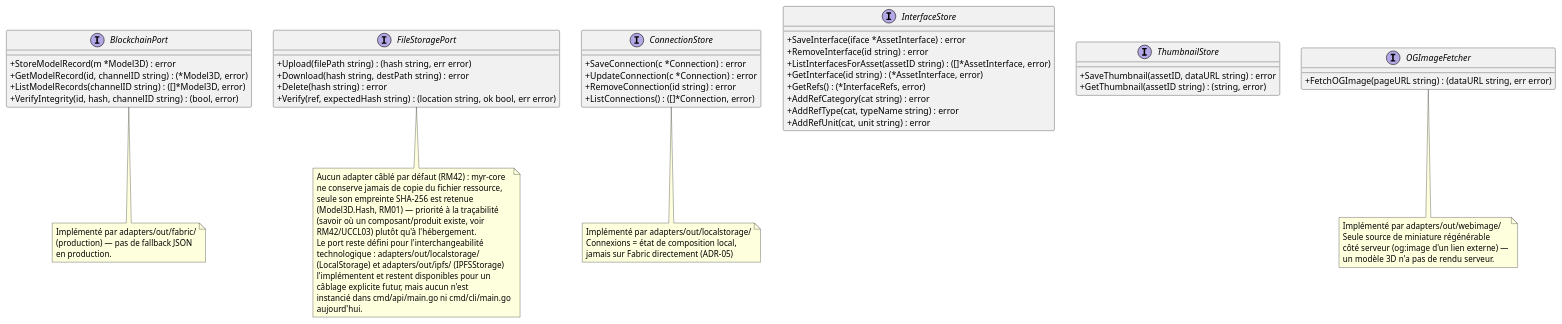
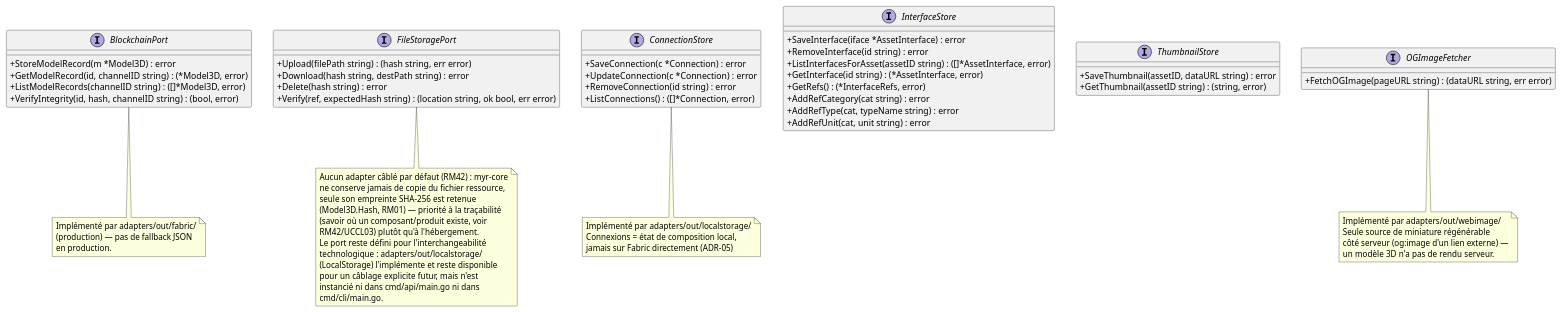
One commit to myr-forge/myr-core changed the fifth of 5 diagrams in specs/3-Conception/Architecture_Composition.md. Above: the diagram before and after it, drawn with PlantUML. The commit also changed 23 other files, not shown here.

First line of the commit message:
refactor: remove IPFS storage and focus on 3D file traceability

````diff
--- a/specs/3-Conception/Architecture_Composition.md
+++ b/specs/3-Conception/Architecture_Composition.md
@@ -478,82 +478,81 @@
 ```plantuml
 @startuml
 skinparam classAttributeIconSize 0
 
 interface BlockchainPort {
   + StoreModelRecord(m *Model3D) : error
   + GetModelRecord(id, channelID string) : (*Model3D, error)
   + ListModelRecords(channelID string) : ([]*Model3D, error)
   + VerifyIntegrity(id, hash, channelID string) : (bool, error)
 }
 
 interface FileStoragePort {
   + Upload(filePath string) : (hash string, err error)
   + Download(hash string, destPath string) : error
   + Delete(hash string) : error
   + Verify(ref, expectedHash string) : (location string, ok bool, err error)
 }
 
 interface ConnectionStore {
   + SaveConnection(c *Connection) : error
   + UpdateConnection(c *Connection) : error
   + RemoveConnection(id string) : error
   + ListConnections() : ([]*Connection, error)
 }
 
 interface InterfaceStore {
   + SaveInterface(iface *AssetInterface) : error
   + RemoveInterface(id string) : error
   + ListInterfacesForAsset(assetID string) : ([]*AssetInterface, error)
   + GetInterface(id string) : (*AssetInterface, error)
   + GetRefs() : (*InterfaceRefs, error)
   + AddRefCategory(cat string) : error
   + AddRefType(cat, typeName string) : error
   + AddRefUnit(cat, unit string) : error
 }
 
 interface ThumbnailStore {
   + SaveThumbnail(assetID, dataURL string) : error
   + GetThumbnail(assetID string) : (string, error)
 }
 
 interface OGImageFetcher {
   + FetchOGImage(pageURL string) : (dataURL string, err error)
 }
 
 note bottom of BlockchainPort
   Implémenté par adapters/out/fabric/
   (production) — pas de fallback JSON
   en production.
 end note
 
 note bottom of FileStoragePort
   Aucun adapter câblé par défaut (RM42) : myr-core
   ne conserve jamais de copie du fichier ressource,
   seule son empreinte SHA-256 est retenue
   (Model3D.Hash, RM01) — priorité à la traçabilité
   (savoir où un composant/produit existe, voir
   RM42/UCCL03) plutôt qu'à l'hébergement.
   Le port reste défini pour l'interchangeabilité
   technologique : adapters/out/localstorage/
-  (LocalStorage) et adapters/out/ipfs/ (IPFSStorage)
-  l'implémentent et restent disponibles pour un
-  câblage explicite futur, mais aucun n'est
-  instancié dans cmd/api/main.go ni cmd/cli/main.go
-  aujourd'hui.
+  (LocalStorage) l'implémente et reste disponible
+  pour un câblage explicite futur, mais n'est
+  instancié ni dans cmd/api/main.go ni dans
+  cmd/cli/main.go.
 end note
 
 note bottom of ConnectionStore
   Implémenté par adapters/out/localstorage/
   Connexions = état de composition local,
   jamais sur Fabric directement (ADR-05)
 end note
 
 note bottom of OGImageFetcher
   Implémenté par adapters/out/webimage/
   Seule source de miniature régénérable
   côté serveur (og:image d'un lien externe) —
   un modèle 3D n'a pas de rendu serveur.
 end note
 
 @enduml
 ```
````
